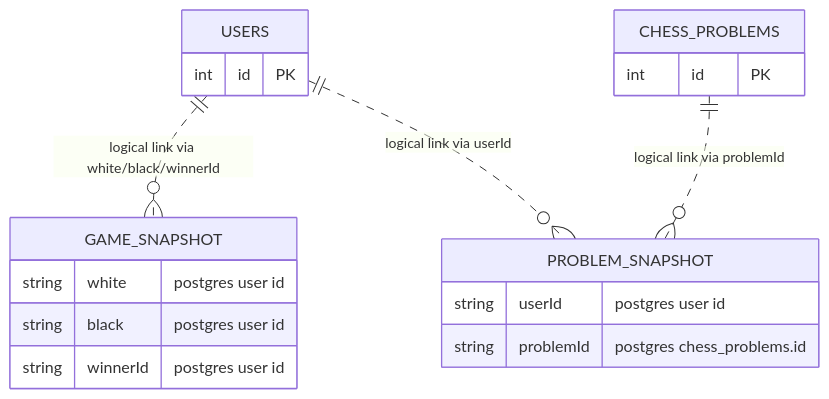
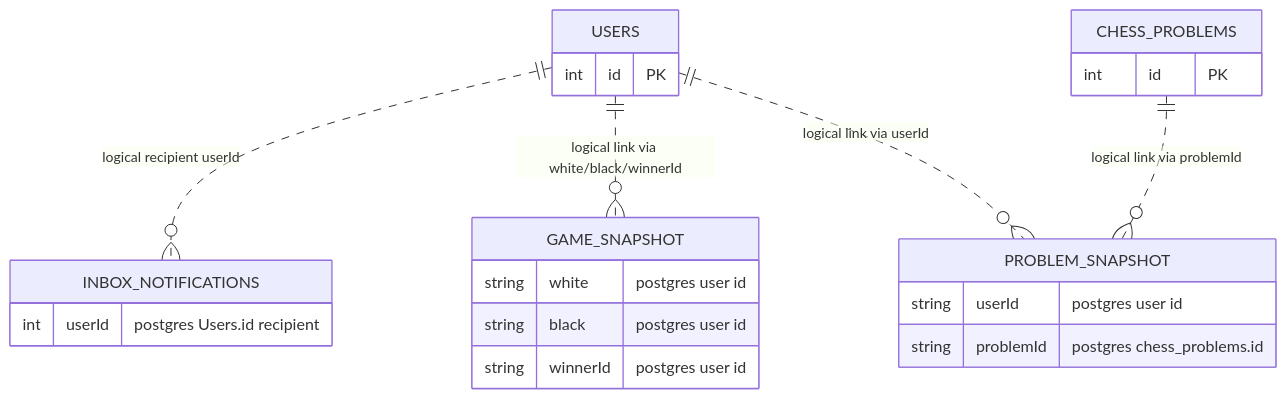
The third of 3 diagrams in docs/11-erd-databases.md (Aram47/chess-game-monolit-backend), drawn with Mermaid before and after one commit. The commit also changed other lines of this file and 5 other files, not shown here.

````diff
--- a/docs/11-erd-databases.md
+++ b/docs/11-erd-databases.md
@@ -150,25 +167,30 @@
 ```mermaid
 erDiagram
   USERS {
     int id PK
   }
 
   CHESS_PROBLEMS {
     int id PK
+  }
+
+  INBOX_NOTIFICATIONS {
+    int userId "postgres Users.id recipient"
   }
 
   GAME_SNAPSHOT {
     string white "postgres user id"
     string black "postgres user id"
     string winnerId "postgres user id"
   }
 
   PROBLEM_SNAPSHOT {
     string userId "postgres user id"
     string problemId "postgres chess_problems.id"
   }
 
+  USERS ||..o{ INBOX_NOTIFICATIONS : "logical recipient userId"
   USERS ||..o{ GAME_SNAPSHOT : "logical link via white/black/winnerId"
   USERS ||..o{ PROBLEM_SNAPSHOT : "logical link via userId"
   CHESS_PROBLEMS ||..o{ PROBLEM_SNAPSHOT : "logical link via problemId"
 ```
````
